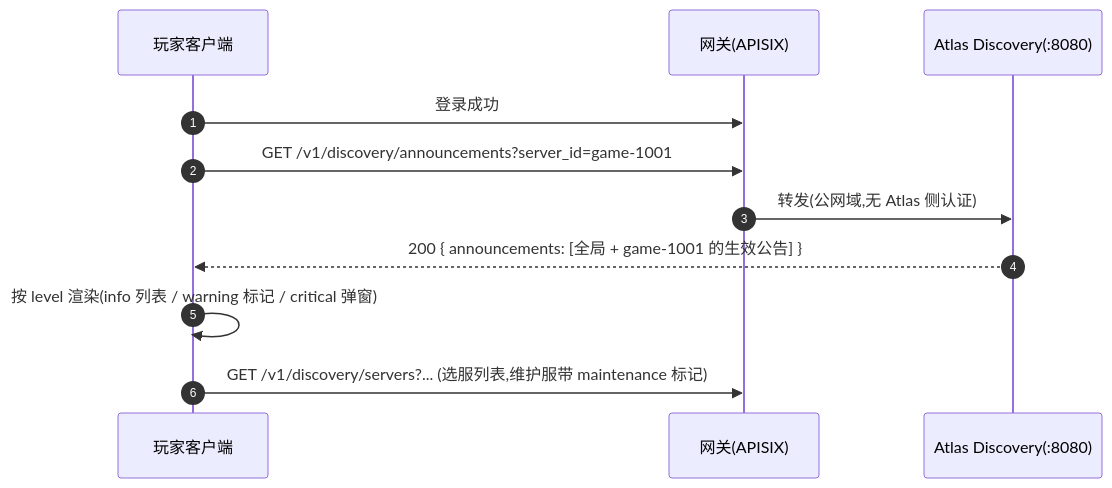
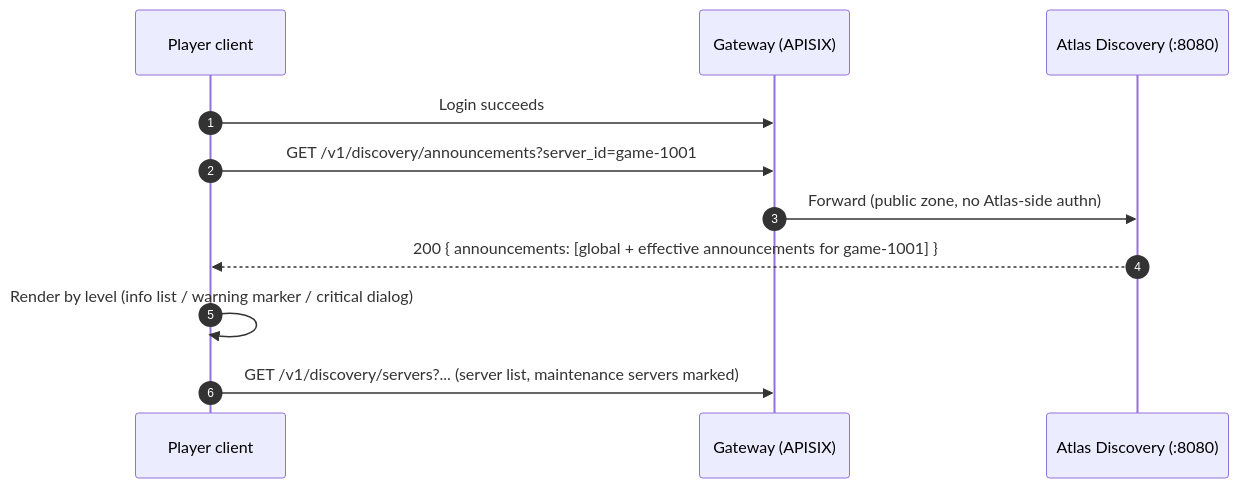
One commit to cuihairu/atlas changed the first of 2 diagrams in docs/operations.md. Above: the diagram before and after it, drawn with Mermaid. The commit also changed other lines of this file and 80 other files, not shown here.

````diff
--- a/docs/operations.md
+++ b/docs/operations.md
@@ -108,14 +128,14 @@
 ```mermaid
 sequenceDiagram
     autonumber
-    participant C as 玩家客户端
-    participant GW as 网关(APISIX)
-    participant D as Atlas Discovery(:8080)
+    participant C as Player client
+    participant GW as Gateway (APISIX)
+    participant D as Atlas Discovery (:8080)
 
-    C->>GW: 登录成功
+    C->>GW: Login succeeds
     C->>GW: GET /v1/discovery/announcements?server_id=game-1001
-    GW->>D: 转发(公网域,无 Atlas 侧认证)
-    D-->>C: 200 { announcements: [全局 + game-1001 的生效公告] }
-    C->>C: 按 level 渲染(info 列表 / warning 标记 / critical 弹窗)
-    C->>GW: GET /v1/discovery/servers?... (选服列表,维护服带 maintenance 标记)
+    GW->>D: Forward (public zone, no Atlas-side authn)
+    D-->>C: 200 { announcements: [global + effective announcements for game-1001] }
+    C->>C: Render by level (info list / warning marker / critical dialog)
+    C->>GW: GET /v1/discovery/servers?... (server list, maintenance servers marked)
 ```
````
